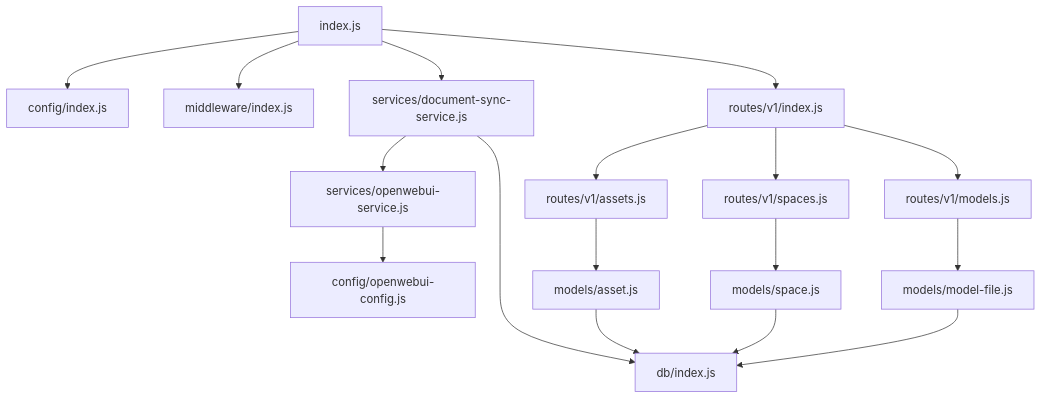
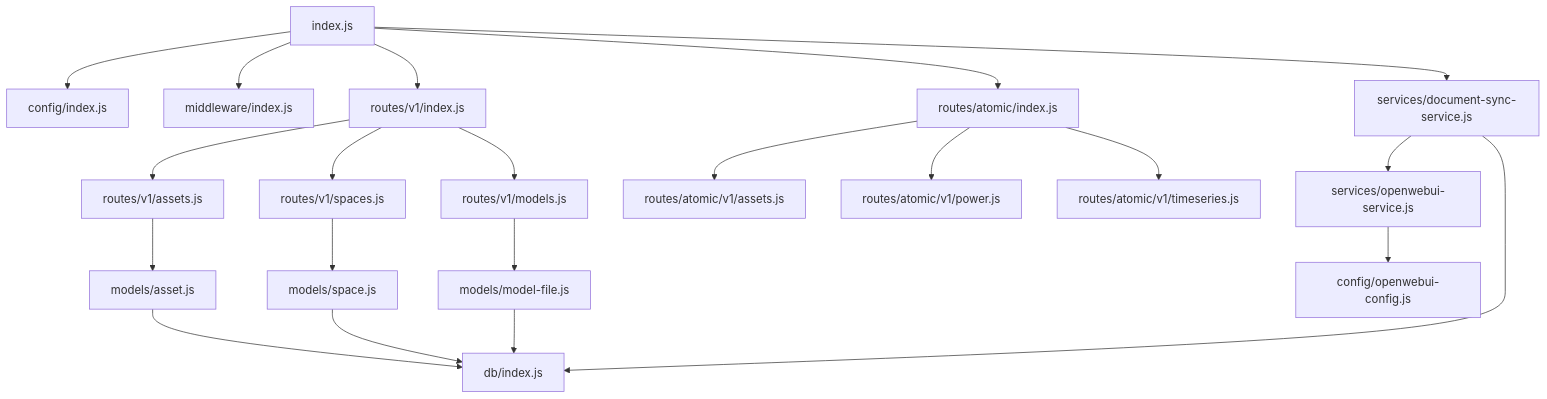
The eighth of 8 diagrams in .qoder/repowiki/zh/content/后端架构/后端架构.md (ideeinfo/TwinSight), drawn with Mermaid before and after one commit. The commit also changed other lines of this file and 9 other files, not shown here.

````diff
--- a/.qoder/repowiki/zh/content/后端架构/后端架构.md
+++ b/.qoder/repowiki/zh/content/后端架构/后端架构.md
@@ -271,19 +387,23 @@
 ```mermaid
 graph TD
 A[index.js] --> B[config/index.js]
 A --> C[middleware/index.js]
 A --> D[routes/v1/index.js]
-A --> E[services/document-sync-service.js]
-D --> F[routes/v1/assets.js]
-D --> G[routes/v1/spaces.js]
-D --> H[routes/v1/models.js]
-E --> I[services/openwebui-service.js]
-E --> J[db/index.js]
-I --> K[config/openwebui-config.js]
-F --> L[models/asset.js]
-G --> M[models/space.js]
-H --> N[models/model-file.js]
-L --> J
-M --> J
-N --> J
+A --> E[routes/atomic/index.js]
+A --> F[services/document-sync-service.js]
+D --> G[routes/v1/assets.js]
+D --> H[routes/v1/spaces.js]
+D --> I[routes/v1/models.js]
+E --> J[routes/atomic/v1/assets.js]
+E --> K[routes/atomic/v1/power.js]
+E --> L[routes/atomic/v1/timeseries.js]
+F --> M[services/openwebui-service.js]
+F --> N[db/index.js]
+M --> O[config/openwebui-config.js]
+G --> P[models/asset.js]
+H --> Q[models/space.js]
+I --> R[models/model-file.js]
+P --> N
+Q --> N
+R --> N
 ```
````
